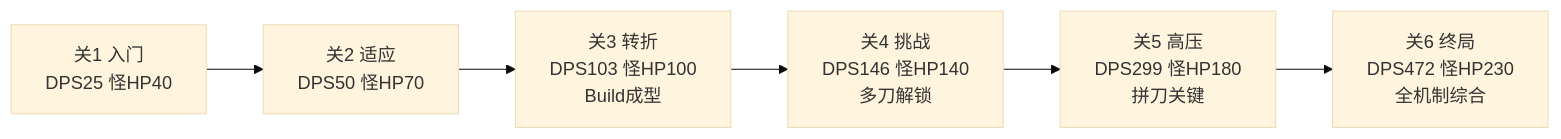
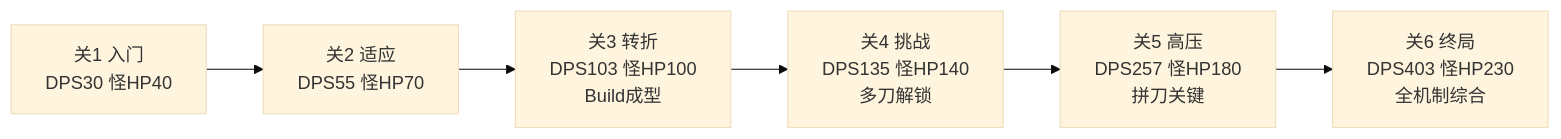
Before and after one commit to lzytttttt/CFCQ: the diagram in wiki/06-balance/平衡性分析.md, drawn with Mermaid (base theme). The commit also changed other lines of this file and 113 other files, not shown here.

````diff
--- a/wiki/06-balance/平衡性分析.md
+++ b/wiki/06-balance/平衡性分析.md
@@ -54,8 +54,8 @@
 ```mermaid
 graph LR
-    A[关1 入门<br/>DPS25 怪HP40] --> B[关2 适应<br/>DPS50 怪HP70]
+    A[关1 入门<br/>DPS30 怪HP40] --> B[关2 适应<br/>DPS55 怪HP70]
     B --> C[关3 转折<br/>DPS103 怪HP100<br/>Build成型]
-    C --> D[关4 挑战<br/>DPS146 怪HP140<br/>多刀解锁]
-    D --> E[关5 高压<br/>DPS299 怪HP180<br/>拼刀关键]
-    E --> F[关6 终局<br/>DPS472 怪HP230<br/>全机制综合]
+    C --> D[关4 挑战<br/>DPS135 怪HP140<br/>多刀解锁]
+    D --> E[关5 高压<br/>DPS257 怪HP180<br/>拼刀关键]
+    E --> F[关6 终局<br/>DPS403 怪HP230<br/>全机制综合]
 ```
````
